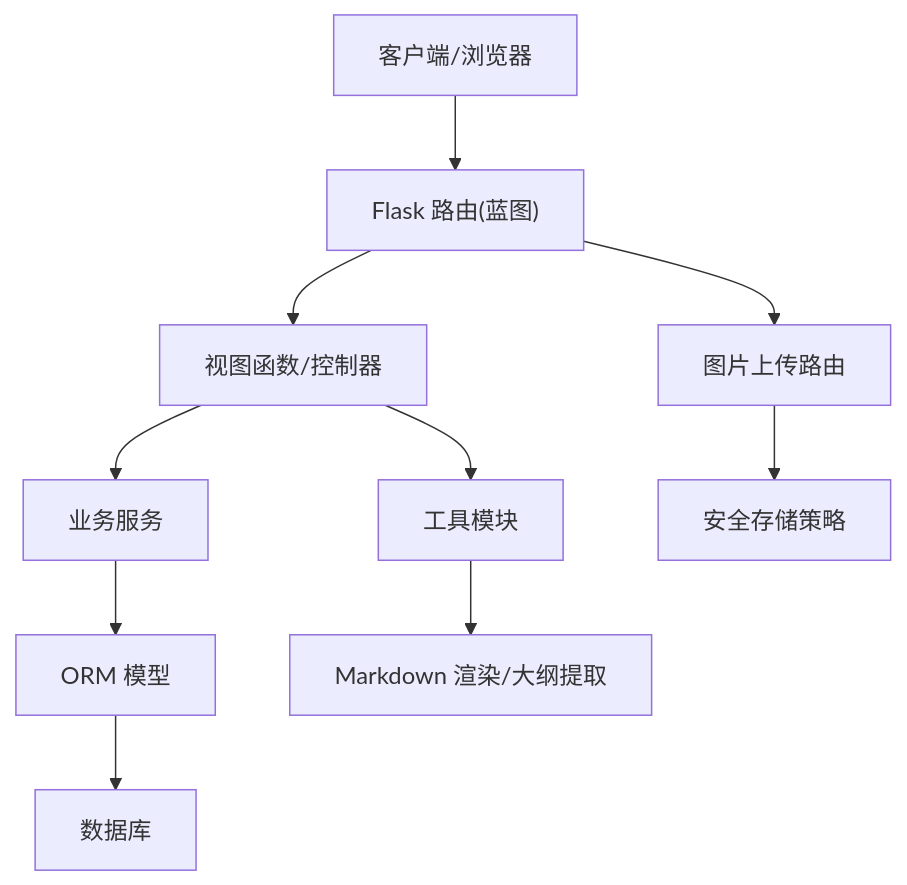
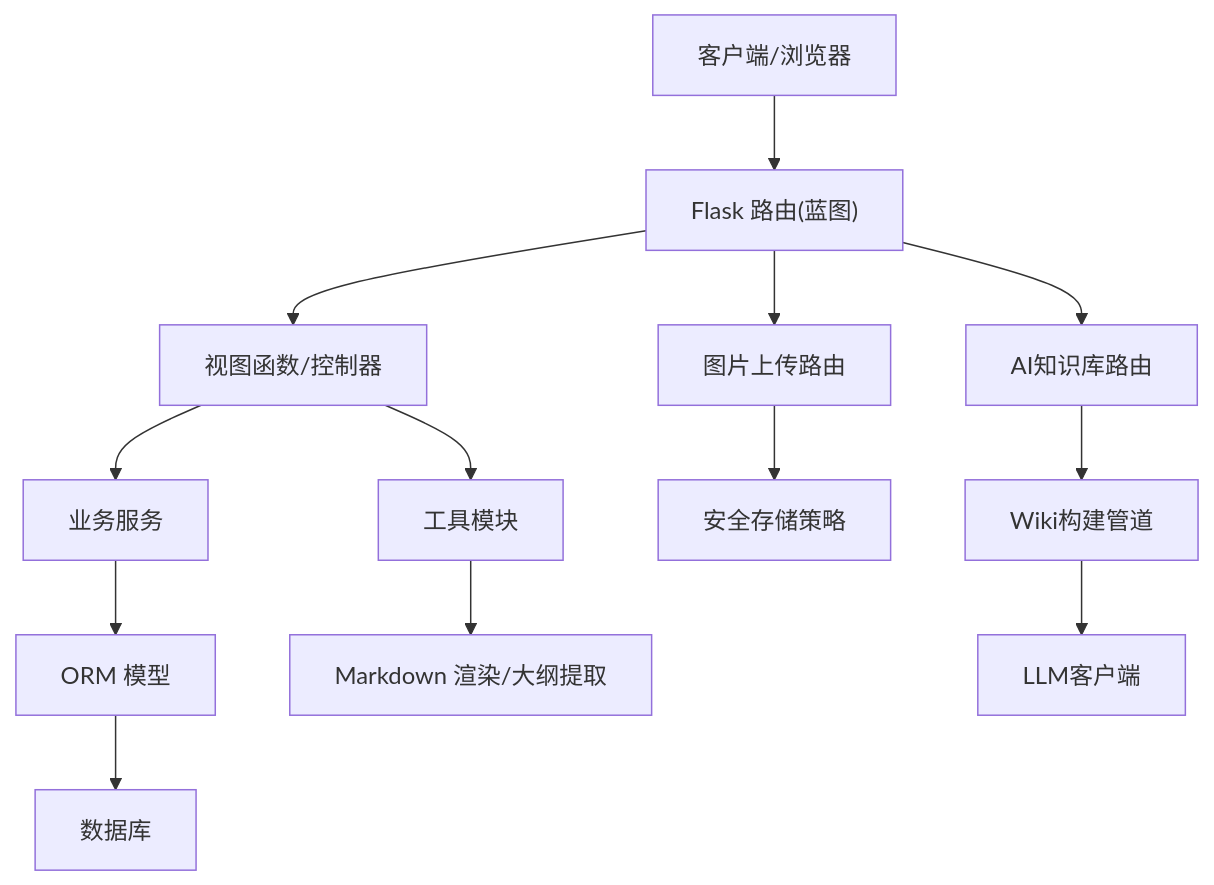
One commit to beyondalbert/my_wiki changed the second of 10 diagrams in .qoder/repowiki/zh/content/核心模块/文档管理系统/文档管理系统.md. Above: the diagram before and after it, drawn with Mermaid. The commit also changed other lines of this file and 17 other files, not shown here.

````diff
--- a/.qoder/repowiki/zh/content/核心模块/文档管理系统/文档管理系统.md
+++ b/.qoder/repowiki/zh/content/核心模块/文档管理系统/文档管理系统.md
@@ -141,12 +160,15 @@
 ```mermaid
 graph TB
 Client["客户端/浏览器"] --> Routes["Flask 路由(蓝图)"]
 Routes --> Controllers["视图函数/控制器"]
 Controllers --> Services["业务服务"]
 Services --> Models["ORM 模型"]
 Models --> DB["数据库"]
 Controllers --> Utils["工具模块"]
 Utils --> Render["Markdown 渲染/大纲提取"]
 Routes --> Upload["图片上传路由"]
+Routes --> AI_Routes["AI知识库路由"]
 Upload --> Storage["安全存储策略"]
+AI_Routes --> AIBuild["Wiki构建管道"]
+AIBuild --> LLM["LLM客户端"]
 ```
````
